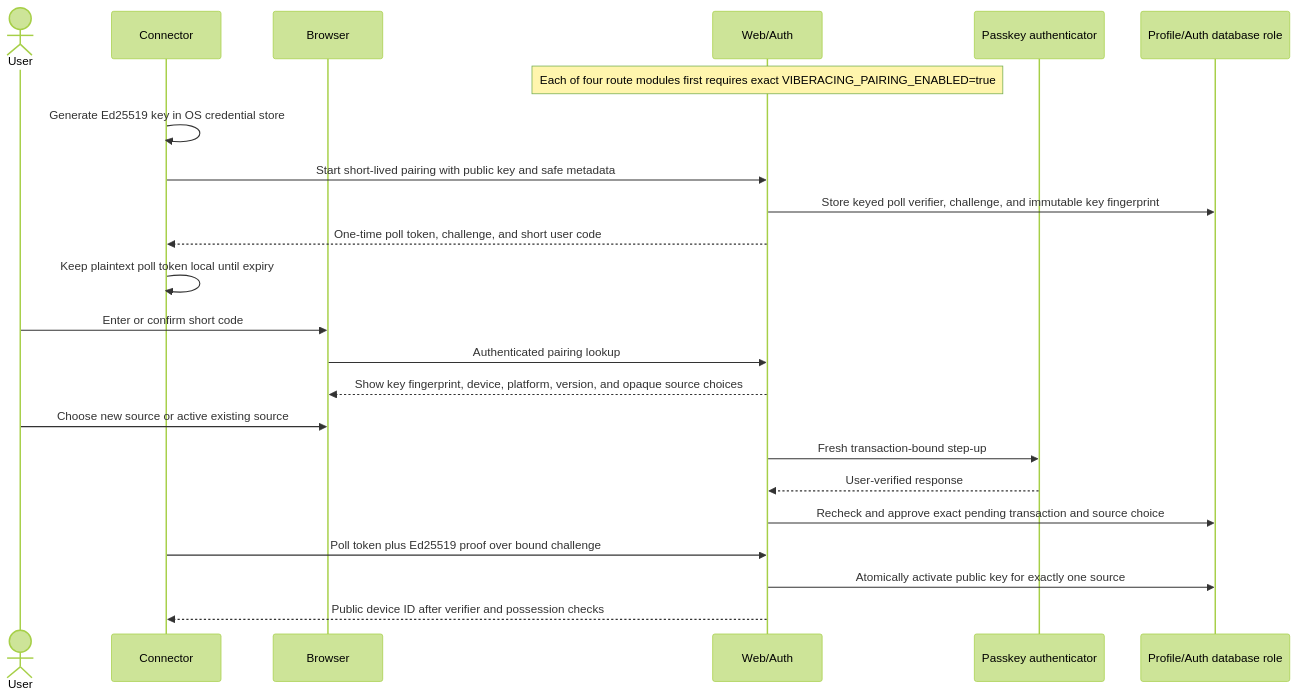
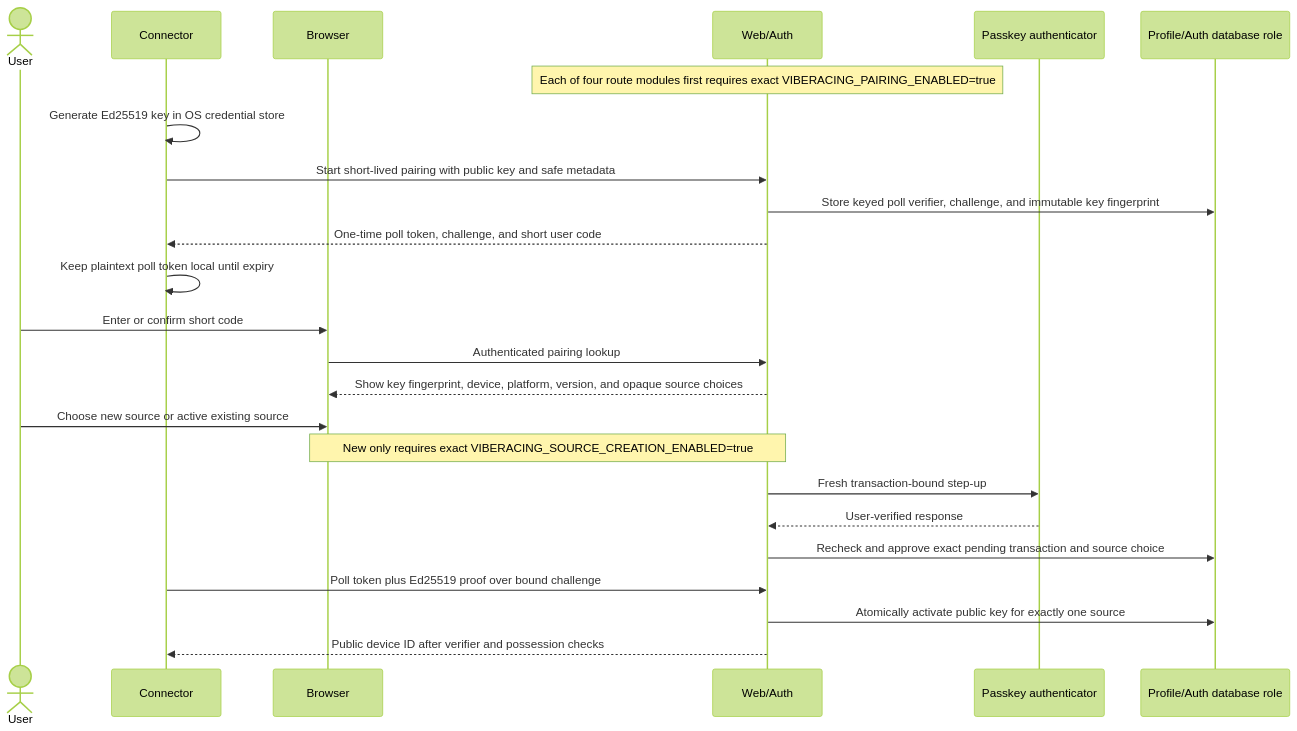
One commit to Tah10n/viberacing changed the fourth of 10 diagrams in docs/architecture/DATA_FLOW.md. Above: the diagram before and after it, drawn with Mermaid (forest theme). The commit also changed other lines of this file and 39 other files, not shown here.

Commit message:
feat: require explicit source creation enablement

````diff
--- a/docs/architecture/DATA_FLOW.md
+++ b/docs/architecture/DATA_FLOW.md
@@ -265,26 +267,27 @@
 ```mermaid
 sequenceDiagram
   actor User
   participant Connector
   participant Browser
   participant Web as Web/Auth
   participant Authenticator as Passkey authenticator
   participant DB as Profile/Auth database role
 
   Note over Web: Each of four route modules first requires exact VIBERACING_PAIRING_ENABLED=true
   Connector->>Connector: Generate Ed25519 key in OS credential store
   Connector->>Web: Start short-lived pairing with public key and safe metadata
   Web->>DB: Store keyed poll verifier, challenge, and immutable key fingerprint
   Web-->>Connector: One-time poll token, challenge, and short user code
   Connector->>Connector: Keep plaintext poll token local until expiry
   User->>Browser: Enter or confirm short code
   Browser->>Web: Authenticated pairing lookup
   Web-->>Browser: Show key fingerprint, device, platform, version, and opaque source choices
   User->>Browser: Choose new source or active existing source
+  Note over Browser,Web: New only requires exact VIBERACING_SOURCE_CREATION_ENABLED=true
   Web->>Authenticator: Fresh transaction-bound step-up
   Authenticator-->>Web: User-verified response
   Web->>DB: Recheck and approve exact pending transaction and source choice
   Connector->>Web: Poll token plus Ed25519 proof over bound challenge
   Web->>DB: Atomically activate public key for exactly one source
   Web-->>Connector: Public device ID after verifier and possession checks
 ```
````
